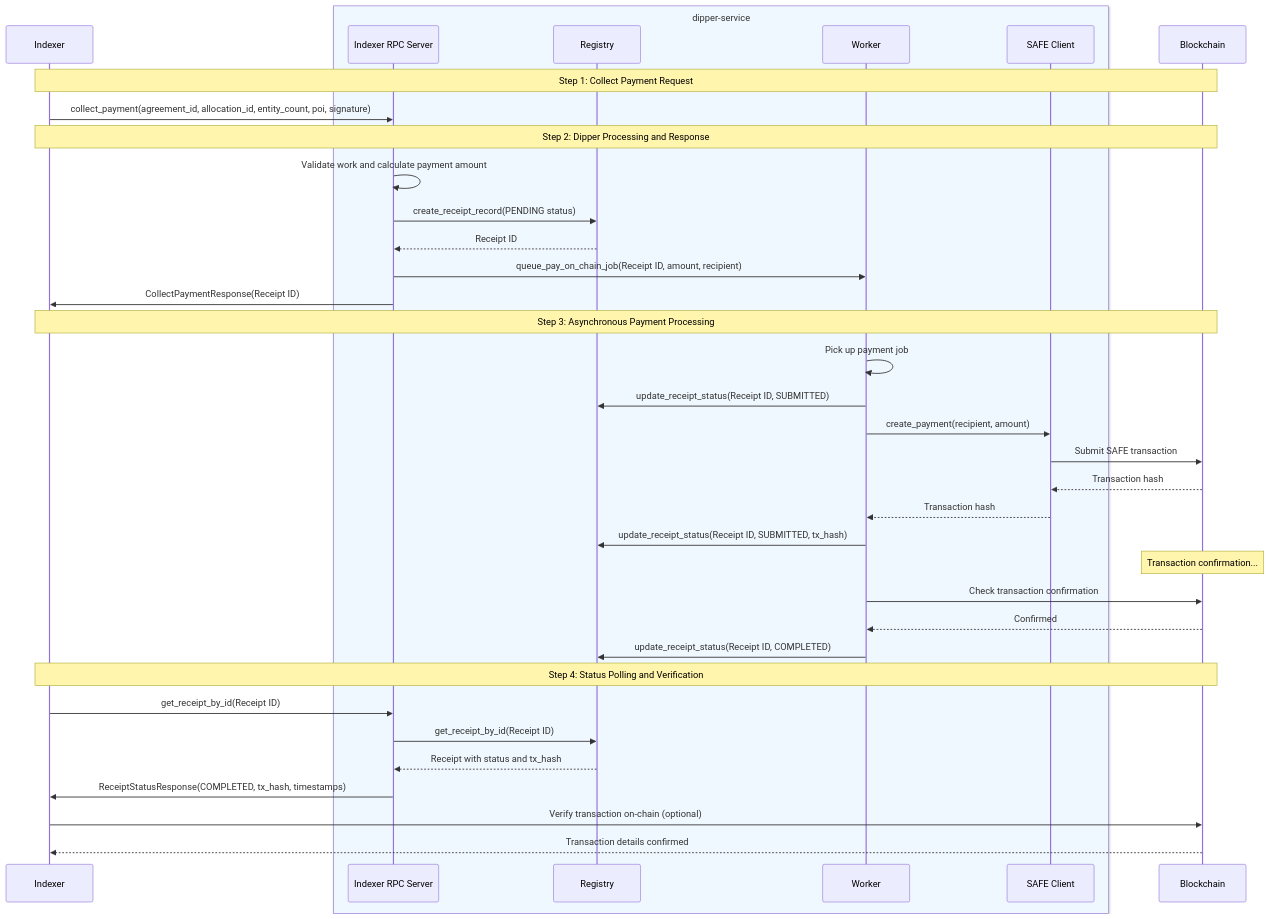
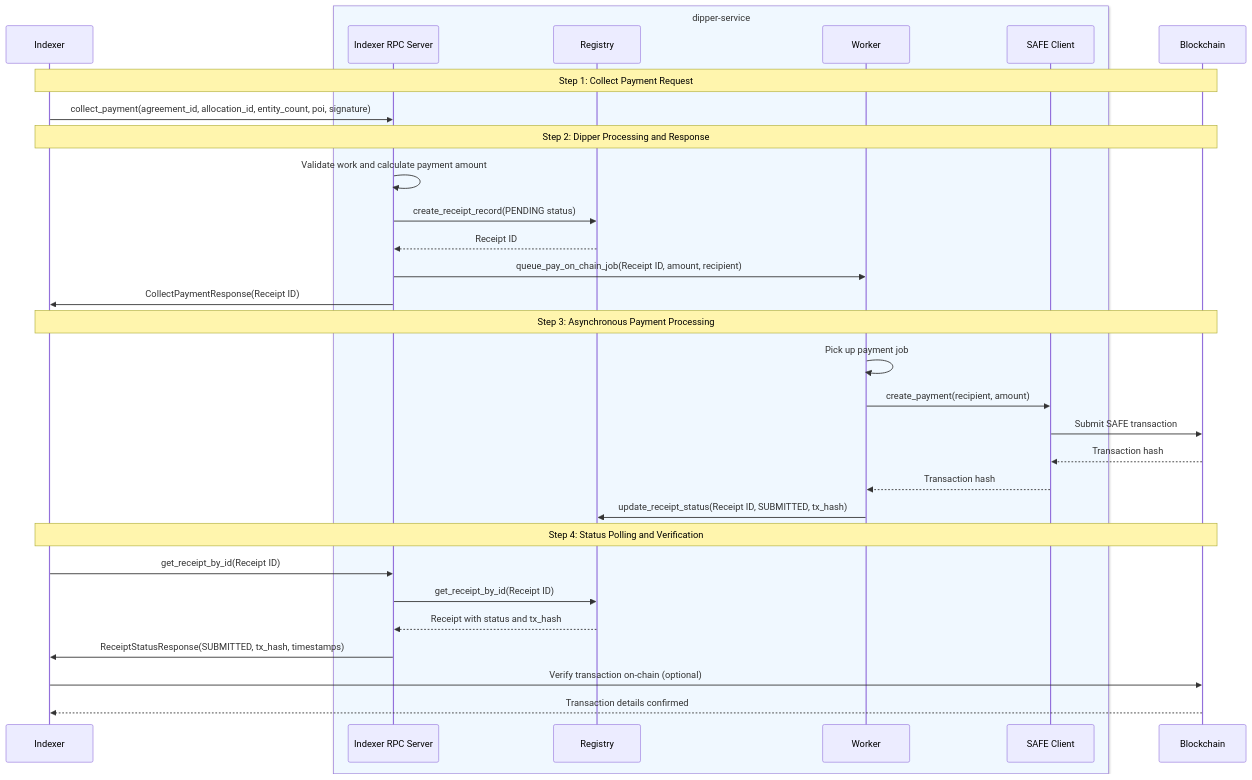
Before and after one commit to edgeandnode/dipper: the second of 2 diagrams in docs/rfcs/001-on-chain-safe-payments.md, drawn with Mermaid. The commit also changed other lines of this file, not shown here.

````diff
--- a/docs/rfcs/001-on-chain-safe-payments.md
+++ b/docs/rfcs/001-on-chain-safe-payments.md
@@ -176,45 +146,38 @@
 ```mermaid
 sequenceDiagram
     participant I as Indexer
     box rgb(240, 248, 255) dipper-service
         participant D as Indexer RPC Server
         participant R as Registry
         participant W as Worker
         participant S as SAFE Client
     end
     participant B as Blockchain
 
     Note over I,B: Step 1: Collect Payment Request
     I->>D: collect_payment(agreement_id, allocation_id, entity_count, poi, signature)
     
     Note over I,B: Step 2: Dipper Processing and Response
     D->>D: Validate work and calculate payment amount
     D->>R: create_receipt_record(PENDING status)
     R-->>D: Receipt ID
     D->>W: queue_pay_on_chain_job(Receipt ID, amount, recipient)
     D->>I: CollectPaymentResponse(Receipt ID)
     
     Note over I,B: Step 3: Asynchronous Payment Processing
     W->>W: Pick up payment job
-    W->>R: update_receipt_status(Receipt ID, SUBMITTED)
     W->>S: create_payment(recipient, amount)
     S->>B: Submit SAFE transaction
     B-->>S: Transaction hash
     S-->>W: Transaction hash
     W->>R: update_receipt_status(Receipt ID, SUBMITTED, tx_hash)
     
-    Note over B: Transaction confirmation...
-    
-    W->>B: Check transaction confirmation
-    B-->>W: Confirmed
-    W->>R: update_receipt_status(Receipt ID, COMPLETED)
-    
     Note over I,B: Step 4: Status Polling and Verification
     I->>D: get_receipt_by_id(Receipt ID)
     D->>R: get_receipt_by_id(Receipt ID)
     R-->>D: Receipt with status and tx_hash
-    D->>I: ReceiptStatusResponse(COMPLETED, tx_hash, timestamps)
+    D->>I: ReceiptStatusResponse(SUBMITTED, tx_hash, timestamps)
     
     I->>B: Verify transaction on-chain (optional)
     B-->>I: Transaction details confirmed
 ```
````
